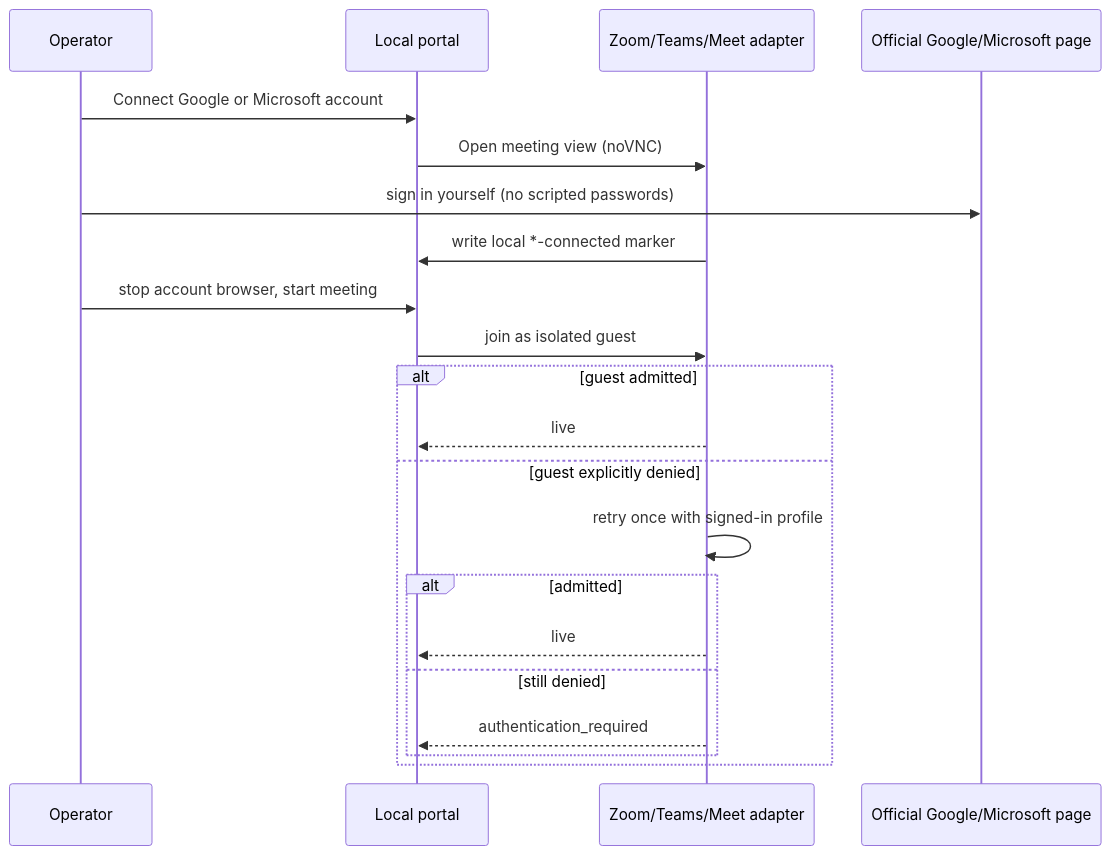
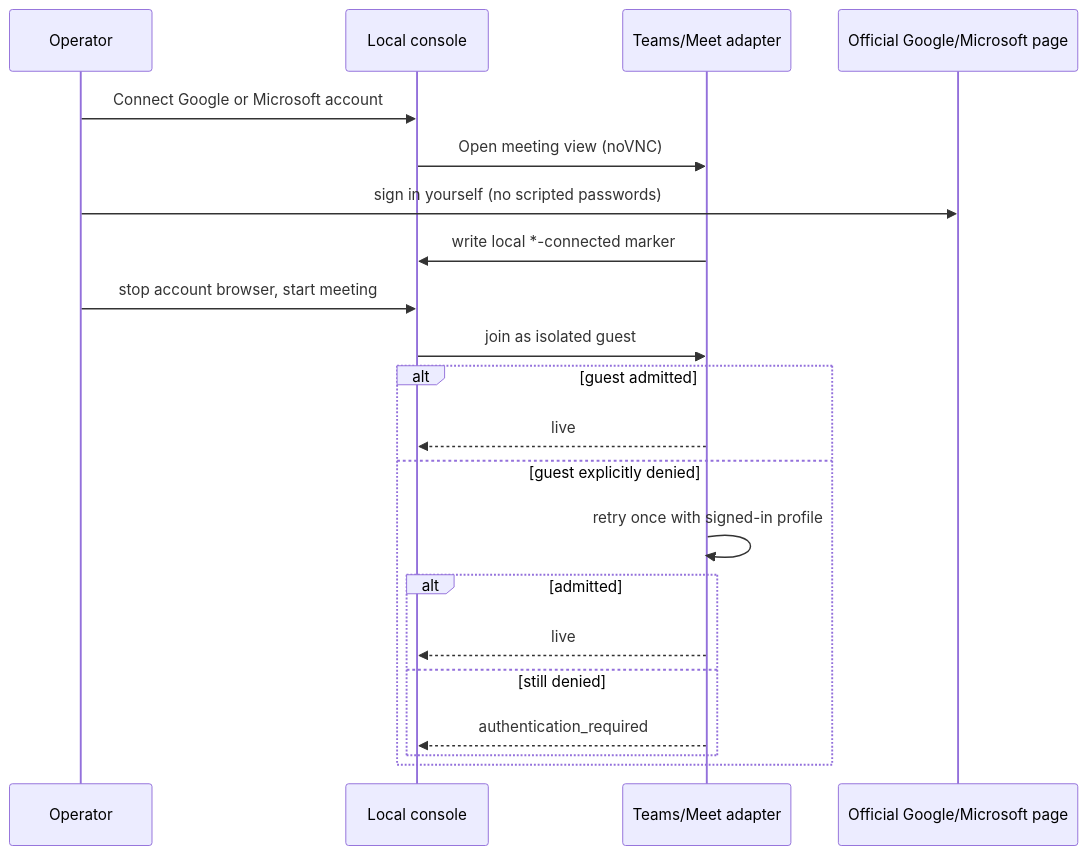
Before and after one commit to kaelorlabs/smitline: the third of 3 diagrams in docs/architecture.md, drawn with Mermaid. The commit also changed other lines of this file and 253 other files, not shown here.

````diff
--- a/docs/architecture.md
+++ b/docs/architecture.md
@@ -141,23 +95,23 @@
 ```mermaid
 sequenceDiagram
     participant Op as Operator
-    participant Portal as Local portal
-    participant Adapter as Zoom/Teams/Meet adapter
+    participant Portal as Local console
+    participant Adapter as Teams/Meet adapter
     participant IdP as Official Google/Microsoft page
     Op->>Portal: Connect Google or Microsoft account
     Portal->>Adapter: Open meeting view (noVNC)
     Op->>IdP: sign in yourself (no scripted passwords)
     Adapter->>Portal: write local *-connected marker
     Op->>Portal: stop account browser, start meeting
     Portal->>Adapter: join as isolated guest
     alt guest admitted
         Adapter-->>Portal: live
     else guest explicitly denied
         Adapter->>Adapter: retry once with signed-in profile
         alt admitted
             Adapter-->>Portal: live
         else still denied
             Adapter-->>Portal: authentication_required
         end
     end
 ```
````
